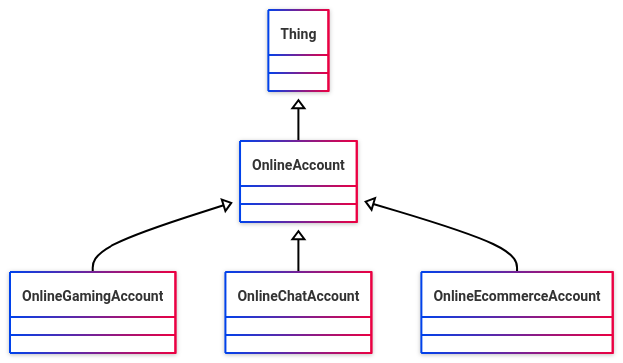
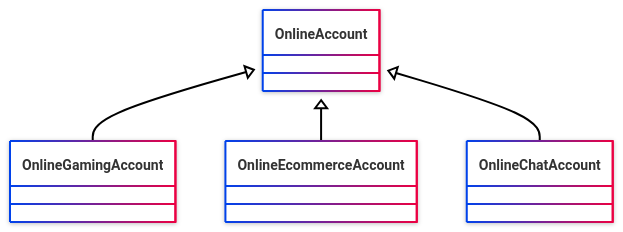
The diagram in example/build/class/OnlineAccount.md (StephaneBranly/ontodoc), drawn with Mermaid before and after one commit. The commit also changed other lines of this file and 71 other files, not shown here.

````diff
--- a/example/build/class/OnlineAccount.md
+++ b/example/build/class/OnlineAccount.md
@@ -9,13 +9,12 @@
 ```mermaid
 ---
 config:
   look: neo
   theme: neo
 ---
 classDiagram
-    class Online Account
-    Thing <|-- Online Account
-    Online Account <|-- OnlineGamingAccount
-    Online Account <|-- OnlineChatAccount
-    Online Account <|-- OnlineEcommerceAccount
+    class OnlineAccount
+    OnlineAccount <|-- OnlineGamingAccount
+    OnlineAccount <|-- OnlineEcommerceAccount
+    OnlineAccount <|-- OnlineChatAccount
 ```
````
